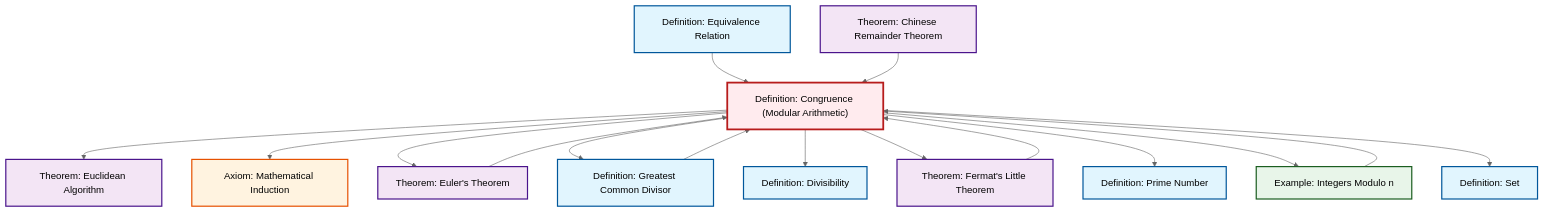
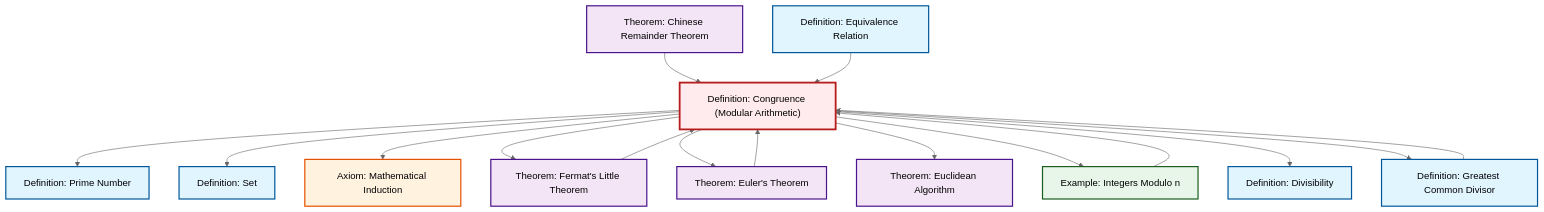
The diagram in content/en/number-theory/def-congruence.qmd (RK0429/ModernMath), drawn with Mermaid (neutral theme) before and after one commit. The commit also changed other lines of this file and 581 other files, not shown here.

````diff
--- a/content/en/number-theory/def-congruence.qmd
+++ b/content/en/number-theory/def-congruence.qmd
@@ -123,48 +123,48 @@
 ```{mermaid}
 %%| fig-cap: "Local dependency graph"
 graph TD
     classDef definition fill:#e1f5fe,stroke:#01579b,stroke-width:2px
     classDef theorem fill:#f3e5f5,stroke:#4a148c,stroke-width:2px
     classDef axiom fill:#fff3e0,stroke:#e65100,stroke-width:2px
     classDef example fill:#e8f5e9,stroke:#1b5e20,stroke-width:2px
     classDef current fill:#ffebee,stroke:#b71c1c,stroke-width:3px
+    def-divisibility["Definition: Divisibility"]:::definition
+    thm-euclidean-algorithm["Theorem: Euclidean Algorithm"]:::theorem
+    thm-chinese-remainder["Theorem: Chinese Remainder Theorem"]:::theorem
+    def-equivalence-relation["Definition: Equivalence Relation"]:::definition
+    def-prime["Definition: Prime Number"]:::definition
+    def-congruence["Definition: Congruence (Modular Arithmetic)"]:::definition
     ax-induction["Axiom: Mathematical Induction"]:::axiom
-    def-prime["Definition: Prime Number"]:::definition
-    thm-chinese-remainder["Theorem: Chinese Remainder Theorem"]:::theorem
-    def-divisibility["Definition: Divisibility"]:::definition
+    thm-euler["Theorem: Euler's Theorem"]:::theorem
+    def-gcd["Definition: Greatest Common Divisor"]:::definition
+    def-set["Definition: Set"]:::definition
+    thm-fermat-little["Theorem: Fermat's Little Theorem"]:::theorem
     ex-quotient-integers-mod-n["Example: Integers Modulo n"]:::example
-    thm-euler["Theorem: Euler's Theorem"]:::theorem
-    def-set["Definition: Set"]:::definition
-    def-equivalence-relation["Definition: Equivalence Relation"]:::definition
-    thm-fermat-little["Theorem: Fermat's Little Theorem"]:::theorem
-    def-congruence["Definition: Congruence (Modular Arithmetic)"]:::definition
-    thm-euclidean-algorithm["Theorem: Euclidean Algorithm"]:::theorem
-    def-gcd["Definition: Greatest Common Divisor"]:::definition
-    def-congruence --> thm-euclidean-algorithm
+    def-congruence --> def-prime
     thm-fermat-little --> def-congruence
     def-gcd --> def-congruence
+    def-congruence --> def-set
     def-congruence --> ax-induction
+    thm-chinese-remainder --> def-congruence
+    def-congruence --> thm-fermat-little
     def-congruence --> thm-euler
     def-equivalence-relation --> def-congruence
+    def-congruence --> thm-euclidean-algorithm
+    ex-quotient-integers-mod-n --> def-congruence
     thm-euler --> def-congruence
-    ex-quotient-integers-mod-n --> def-congruence
+    def-congruence --> ex-quotient-integers-mod-n
+    def-congruence --> def-divisibility
     def-congruence --> def-gcd
-    def-congruence --> def-divisibility
-    def-congruence --> thm-fermat-little
-    def-congruence --> def-prime
-    def-congruence --> ex-quotient-integers-mod-n
-    def-congruence --> def-set
-    thm-chinese-remainder --> def-congruence
     class def-congruence current
+    click def-divisibility "def-divisibility.html" "Go to Divisibility definition"
+    click thm-euclidean-algorithm "thm-euclidean-algorithm.html" "Go to Euclidean Algorithm theorem"
+    click thm-chinese-remainder "thm-chinese-remainder.html" "Go to Chinese Remainder Theorem theorem"
+    click def-equivalence-relation "def-equivalence-relation.html" "Go to Equivalence Relation definition"
+    click def-prime "def-prime.html" "Go to Prime Number definition"
     click ax-induction "ax-induction.html" "Go to Mathematical Induction axiom"
-    click def-prime "def-prime.html" "Go to Prime Number definition"
-    click thm-chinese-remainder "thm-chinese-remainder.html" "Go to Chinese Remainder Theorem theorem"
-    click def-divisibility "def-divisibility.html" "Go to Divisibility definition"
+    click thm-euler "thm-euler.html" "Go to Euler's Theorem theorem"
+    click def-gcd "def-gcd.html" "Go to Greatest Common Divisor definition"
+    click def-set "def-set.html" "Go to Set definition"
+    click thm-fermat-little "thm-fermat-little.html" "Go to Fermat's Little Theorem theorem"
     click ex-quotient-integers-mod-n "ex-quotient-integers-mod-n.html" "Go to Integers Modulo n example"
-    click thm-euler "thm-euler.html" "Go to Euler's Theorem theorem"
-    click def-set "def-set.html" "Go to Set definition"
-    click def-equivalence-relation "def-equivalence-relation.html" "Go to Equivalence Relation definition"
-    click thm-fermat-little "thm-fermat-little.html" "Go to Fermat's Little Theorem theorem"
-    click thm-euclidean-algorithm "thm-euclidean-algorithm.html" "Go to Euclidean Algorithm theorem"
-    click def-gcd "def-gcd.html" "Go to Greatest Common Divisor definition"
 ```
````
